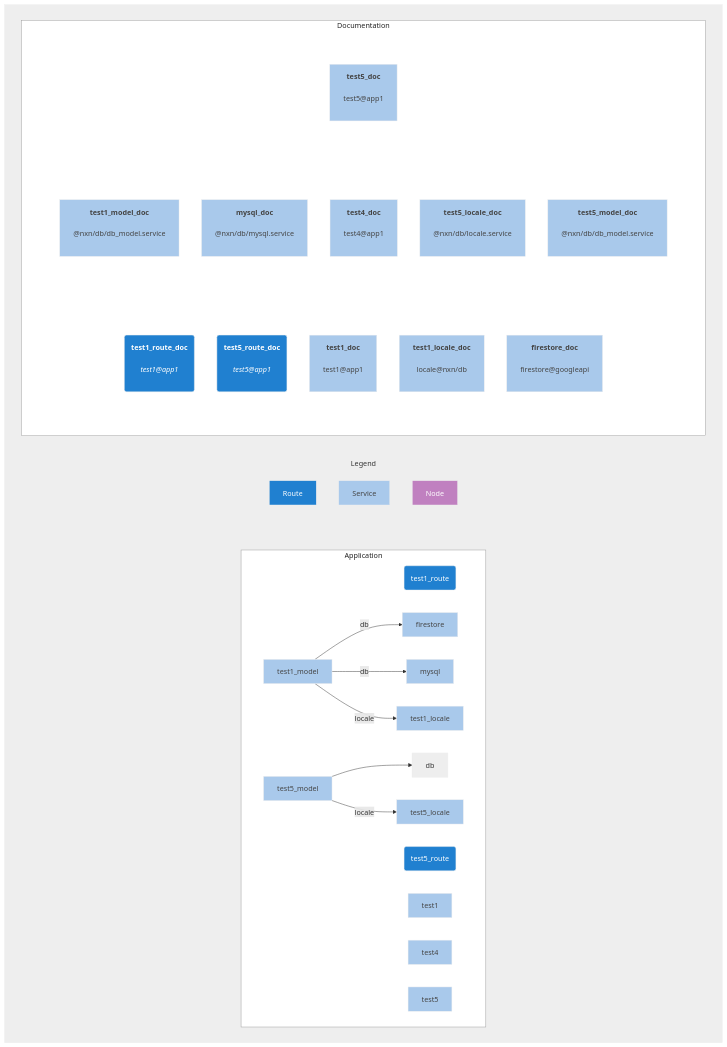
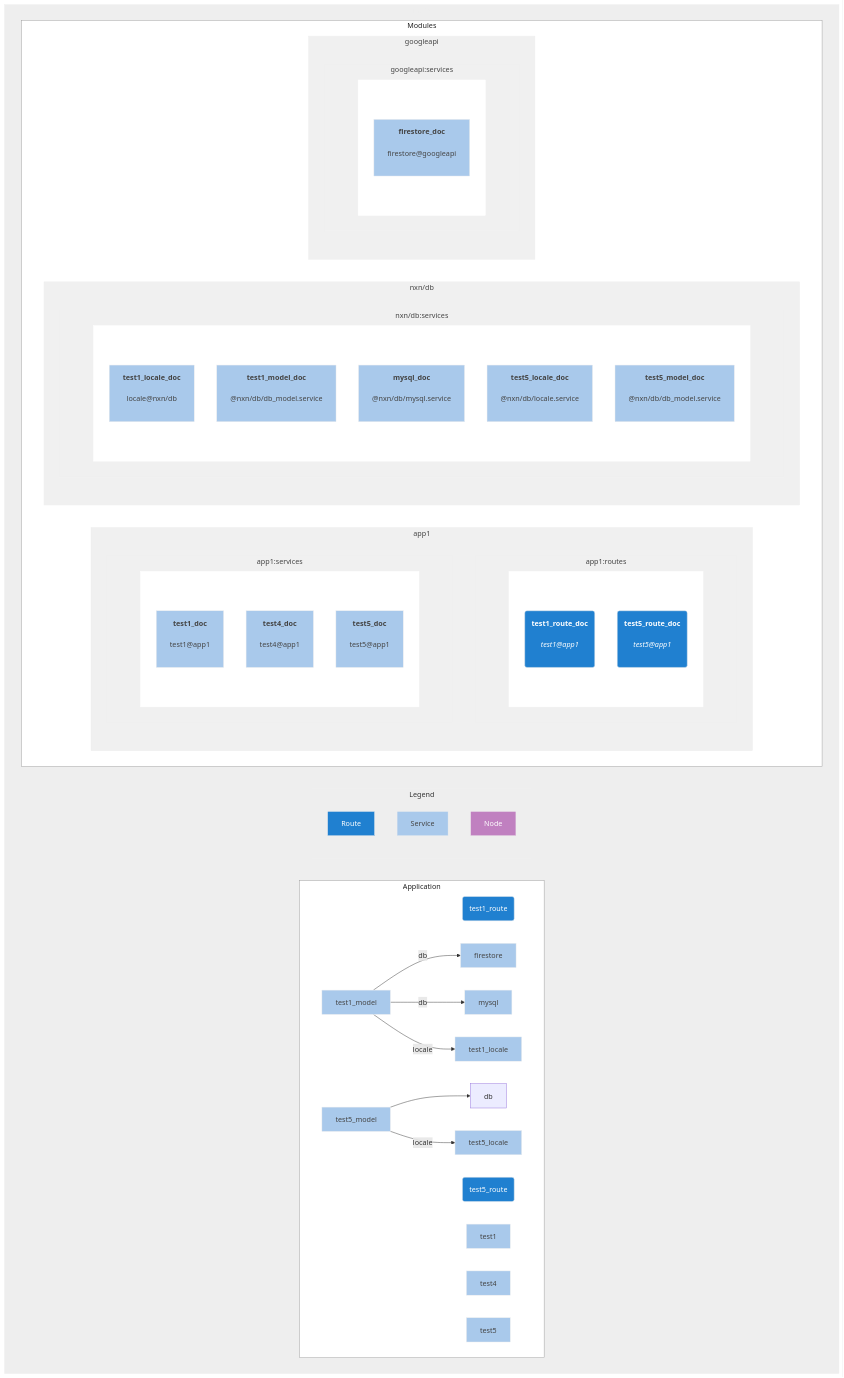
One commit to franck-yvetot/nxn-cli changed the diagram in client_data/default/config_default.README.mmd. Above: the diagram before and after it, drawn with Mermaid. The commit also changed 1 other file, not shown here.

```diff
--- a/client_data/default/config_default.README.mmd
+++ b/client_data/default/config_default.README.mmd
@@ -1,88 +1,140 @@
 graph TB;
 subgraph main
 
 subgraph Application
     direction LR;
-    classDef node fill:#eee,stroke:#eee,color:#333
-    classDef route fill:#2080D0,stroke:#eee,color:#fff
-    classDef nod fill:#C080C0,stroke:#eee,color:#fff
-    classDef service fill:#A9C9EB,stroke:#eee,color:#444
-    test1_route("test1_route"):::route
-    test5_route("test5_route"):::route
-    test1["test1"]:::service
-    test1_locale["test1_locale"]:::service
-    firestore["firestore"]:::service
-    test1_model["test1_model"]:::service
+    classDef nodeCls fill:#eee,stroke:#eee,color:#333
+    classDef routeCls fill:#2080D0,stroke:#eee,color:#fff
+    classDef nodCls fill:#C080C0,stroke:#eee,color:#fff
+    classDef serviceCls fill:#A9C9EB,stroke:#eee,color:#444
+    test1_route("test1_route"):::routeCls
+    test5_route("test5_route"):::routeCls
+    test1["test1"]:::serviceCls
+    test1_locale["test1_locale"]:::serviceCls
+    firestore["firestore"]:::serviceCls
+    test1_model["test1_model"]:::serviceCls
     test1_model -- db -->firestore;
     test1_model -- db -->mysql;
     test1_model -- locale -->test1_locale;
-    mysql["mysql"]:::service
-    test4["test4"]:::service
-    test5_locale["test5_locale"]:::service
-    test5_model["test5_model"]:::service
+    mysql["mysql"]:::serviceCls
+    test4["test4"]:::serviceCls
+    test5_locale["test5_locale"]:::serviceCls
+    test5_model["test5_model"]:::serviceCls
     test5_model --> db;
     test5_model -- locale -->test5_locale;
-    test5["test5"]:::service
+    test5["test5"]:::serviceCls
 end
 
 subgraph Legend
-    Route:::route
-    Service:::service
-    Node:::nod
+    Route:::routeCls
+    Service:::serviceCls
+    Node:::nodCls
 end
 
-subgraph Documentation
+subgraph Modules
     direction LR;
-    classDef node fill:#eee,stroke:#eee,color:#333
-    classDef route fill:#2080D0,stroke:#eee,color:#fff
-    classDef nod fill:#C080C0,stroke:#eee,color:#fff
-    classDef service fill:#A9C9EB,stroke:#eee,color:#444
+    classDef nodeCls fill:#C080C0,stroke:#eee,color:#fff
+    classDef routeCls fill:#2080D0,stroke:#eee,color:#fff
+    classDef nodCls fill:#C080C0,stroke:#eee,color:#fff
+    classDef serviceCls fill:#A9C9EB,stroke:#eee,color:#444
 
 
-subgraph Documentation_0
+subgraph app1
 direction TB;
-    test1_route_doc("<b>test1_route_doc</b><br><br><i>test1@app1</i><br><br>"):::route
 
-    test5_route_doc("<b>test5_route_doc</b><br><br><i>test5@app1</i><br><br>"):::route
+subgraph app1:routes
+direction LR;
 
-    test1_doc["<b>test1_doc</b><br><br>test1@app1<br><br>"]:::service
+subgraph app1_routes1
+direction TB;
+    test1_route_doc("<b>test1_route_doc</b><br><br><i>test1@app1</i><br><br>"):::routeCls
 
-    test1_locale_doc["<b>test1_locale_doc</b><br><br>locale@nxn/db<br><br>"]:::service
-
-    firestore_doc["<b>firestore_doc</b><br><br>firestore@googleapi<br><br>"]:::service
+    test5_route_doc("<b>test5_route_doc</b><br><br><i>test5@app1</i><br><br>"):::routeCls
 
 end
-style Documentation_0 fill:#fff,stroke:#fff,color:#fff
-
-subgraph Documentation_1
-direction TB;
-    test1_model_doc["<b>test1_model_doc</b><br><br>@nxn/db/db_model.service<br><br>"]:::service
-
-    mysql_doc["<b>mysql_doc</b><br><br>@nxn/db/mysql.service<br><br>"]:::service
-
-    test4_doc["<b>test4_doc</b><br><br>test4@app1<br><br>"]:::service
-
-    test5_locale_doc["<b>test5_locale_doc</b><br><br>@nxn/db/locale.service<br><br>"]:::service
-
-    test5_model_doc["<b>test5_model_doc</b><br><br>@nxn/db/db_model.service<br><br>"]:::service
+style app1_routes1 fill:#fff,stroke:#fff,color:#fff
 
 end
-style Documentation_1 fill:#fff,stroke:#fff,color:#fff
+style app1:routes fill:#f0f0f0,stroke:#eee,color:#444
 
-subgraph Documentation_2
+
+subgraph app1:services
+direction LR;
+
+subgraph app1_services1
 direction TB;
-    test5_doc["<b>test5_doc</b><br><br>test5@app1<br><br>"]:::service
+    test1_doc["<b>test1_doc</b><br><br>test1@app1<br><br>"]:::serviceCls
+
+    test4_doc["<b>test4_doc</b><br><br>test4@app1<br><br>"]:::serviceCls
+
+    test5_doc["<b>test5_doc</b><br><br>test5@app1<br><br>"]:::serviceCls
 
 end
-style Documentation_2 fill:#fff,stroke:#fff,color:#fff
+style app1_services1 fill:#fff,stroke:#fff,color:#fff
+
 end
+style app1:services fill:#f0f0f0,stroke:#eee,color:#444
+
+end
+style app1 fill:#f0f0f0,stroke:#eee,color:#444
+
+
+
+subgraph nxn/db
+direction TB;
+
+subgraph nxn/db:services
+direction LR;
+
+subgraph nxn/db_services1
+direction TB;
+    test1_locale_doc["<b>test1_locale_doc</b><br><br>locale@nxn/db<br><br>"]:::serviceCls
+
+    test1_model_doc["<b>test1_model_doc</b><br><br>@nxn/db/db_model.service<br><br>"]:::serviceCls
+
+    mysql_doc["<b>mysql_doc</b><br><br>@nxn/db/mysql.service<br><br>"]:::serviceCls
+
+    test5_locale_doc["<b>test5_locale_doc</b><br><br>@nxn/db/locale.service<br><br>"]:::serviceCls
+
+    test5_model_doc["<b>test5_model_doc</b><br><br>@nxn/db/db_model.service<br><br>"]:::serviceCls
+
+end
+style nxn/db_services1 fill:#fff,stroke:#fff,color:#fff
+
+end
+style nxn/db:services fill:#f0f0f0,stroke:#eee,color:#444
+
+end
+style nxn/db fill:#f0f0f0,stroke:#eee,color:#444
+
+
+
+subgraph googleapi
+direction TB;
+
+subgraph googleapi:services
+direction LR;
+
+subgraph googleapi_services1
+direction TB;
+    firestore_doc["<b>firestore_doc</b><br><br>firestore@googleapi<br><br>"]:::serviceCls
+
+end
+style googleapi_services1 fill:#fff,stroke:#fff,color:#fff
+
+end
+style googleapi:services fill:#f0f0f0,stroke:#eee,color:#444
+
+end
+style googleapi fill:#f0f0f0,stroke:#eee,color:#444
+end
+style Modules fill:#fff,stroke:#999,color:#222
 
 
 
 end
 
 
 style Application fill:#fff,stroke:#999,color:#222
-style Documentation fill:#fff,stroke:#999,color:#222
 style Legend fill:#eee,stroke:#eee,color:#333
 style main fill:#eee,stroke:#eee,color:#eee
```
